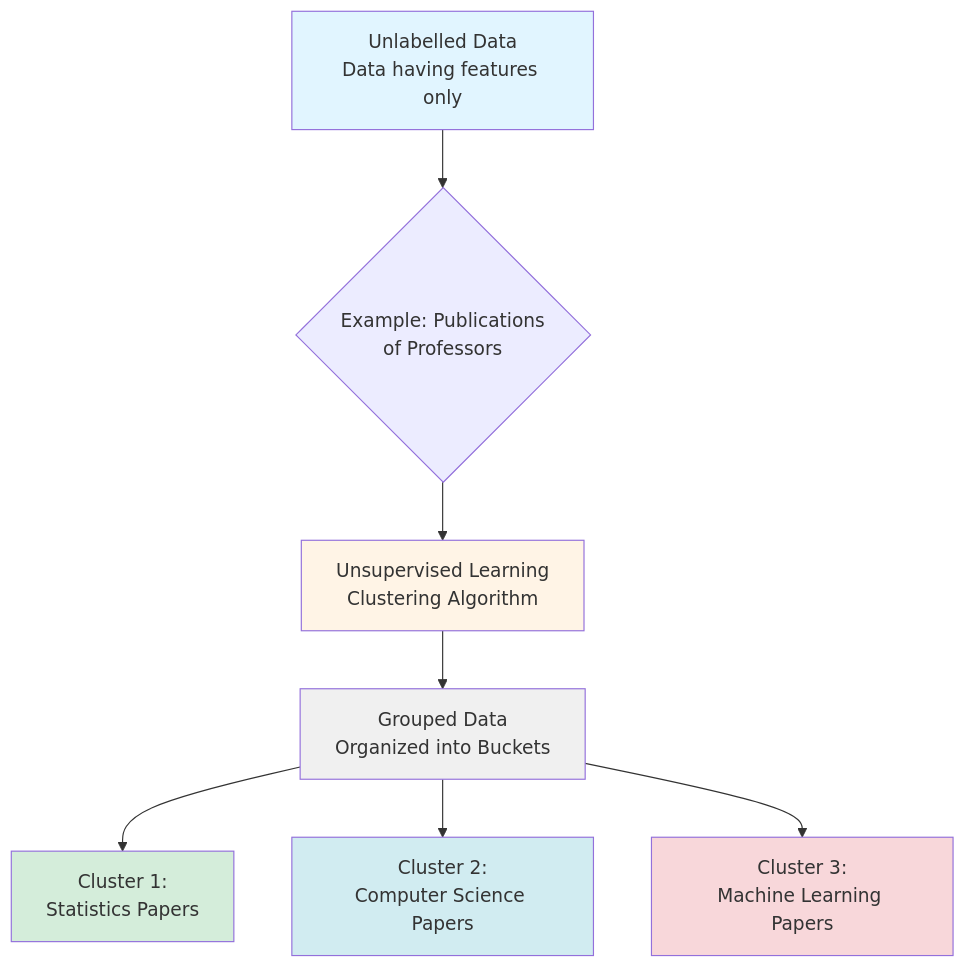
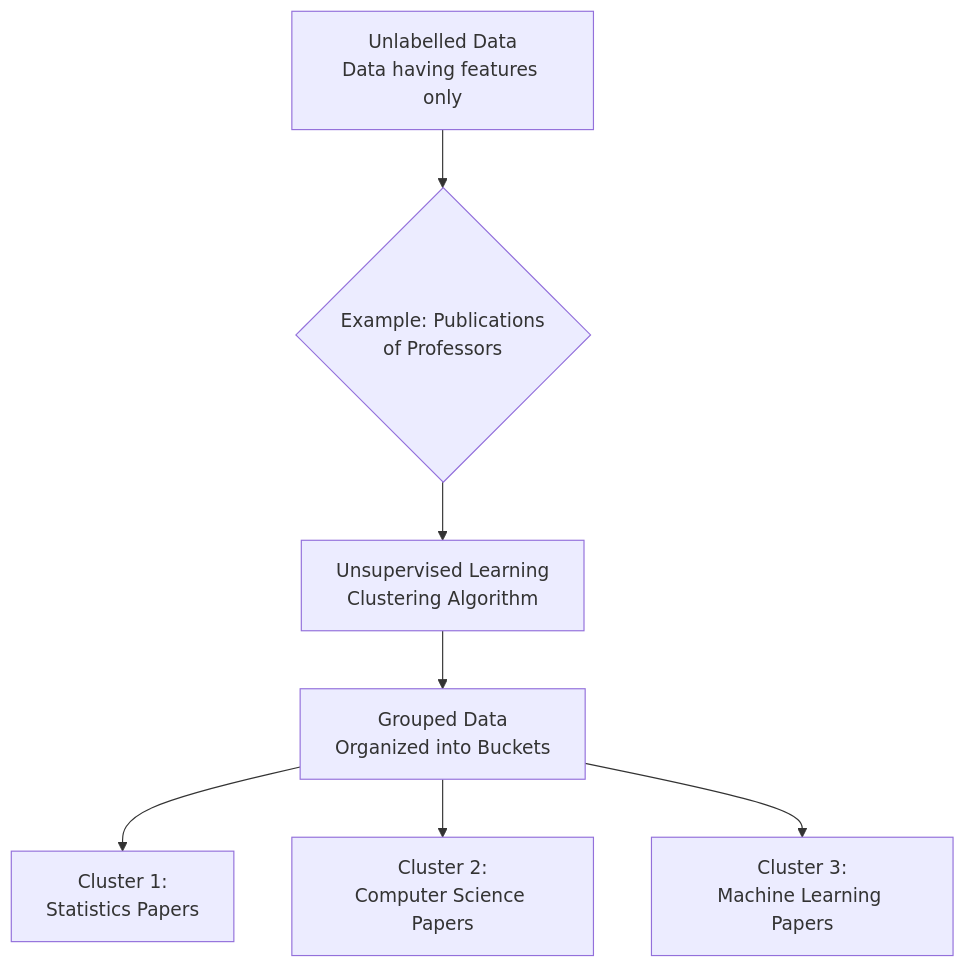
Before and after one commit to Swayam42/CollegeHub: the third of 4 diagrams in 6th-SEM/ML-2/ClassWorks/Ch-09_UnsupervisedLearning/Notes.md, drawn with Mermaid. The commit also changed other lines of this file, not shown here.

````diff
--- a/6th-SEM/ML-2/ClassWorks/Ch-09_UnsupervisedLearning/Notes.md
+++ b/6th-SEM/ML-2/ClassWorks/Ch-09_UnsupervisedLearning/Notes.md
@@ -97,16 +93,10 @@
 ```mermaid
 flowchart TD
     A[Unlabelled Data<br/>Data having features only] --> B{Example: Publications<br/>of Professors}
     B --> C[Unsupervised Learning<br/>Clustering Algorithm]
     C --> D[Grouped Data<br/>Organized into Buckets]
     D --> E1[Cluster 1:<br/>Statistics Papers]
     D --> E2[Cluster 2:<br/>Computer Science Papers]
     D --> E3[Cluster 3:<br/>Machine Learning Papers]
     
-    style A fill:#e1f5ff
-    style C fill:#fff4e6
-    style D fill:#f0f0f0
-    style E1 fill:#d4edda
-    style E2 fill:#d1ecf1
-    style E3 fill:#f8d7da
 ```
````
